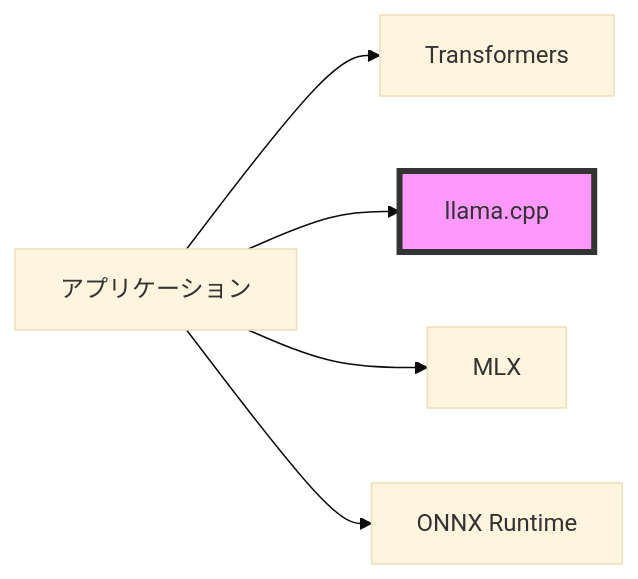
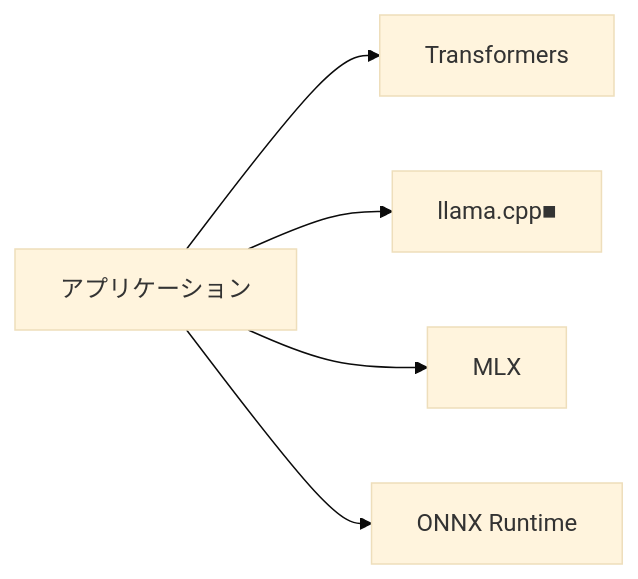
The fifth of 10 diagrams in README.md (SparklingDetergent/doc_genai_Using_Generative_AI_with_Mac_Mini_-Introduction-), drawn with Mermaid (base theme) before and after one commit. The commit also changed other lines of this file, not shown here.

````diff
--- a/README.md
+++ b/README.md
@@ -89,8 +84,7 @@
 ```mermaid
 graph LR
     A[アプリケーション] --> B[Transformers]
-    A --> C[llama.cpp]
+    A --> C[llama.cpp■]
     A --> D[MLX]
     A --> E[ONNX Runtime]
-    style C fill:#f9f,stroke:#333,stroke-width:4px
 ```
````
